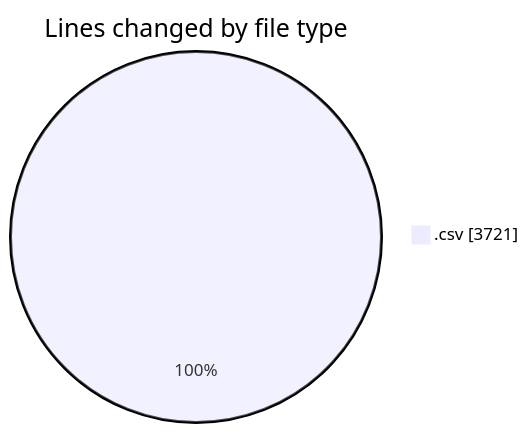
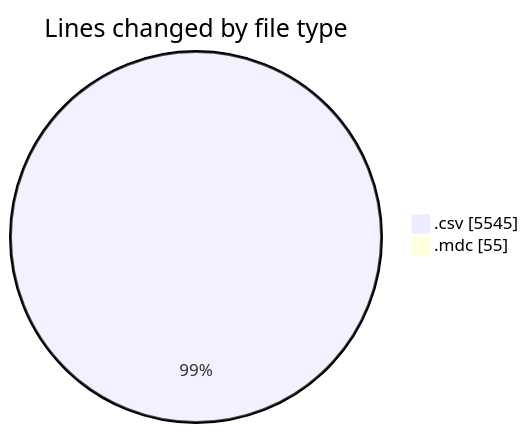
Before and after one commit to EIIisD/code-tracking: the first of 2 diagrams in 2025-07-23/transactions-new/README.md, drawn with Mermaid. The commit also changed other lines of this file and 1 other file, not shown here.

````diff
--- a/2025-07-23/transactions-new/README.md
+++ b/2025-07-23/transactions-new/README.md
@@ -23,5 +26,6 @@
 ```mermaid
 pie showData
 title Lines changed by file type
-".csv" : 3721
+".csv" : 5545
+".mdc" : 55
 ```
````
